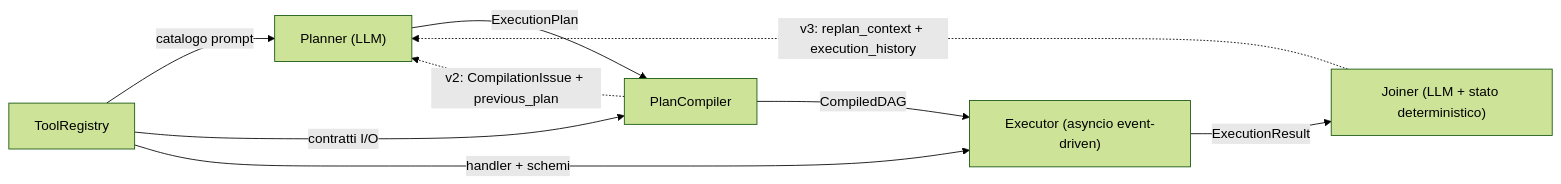
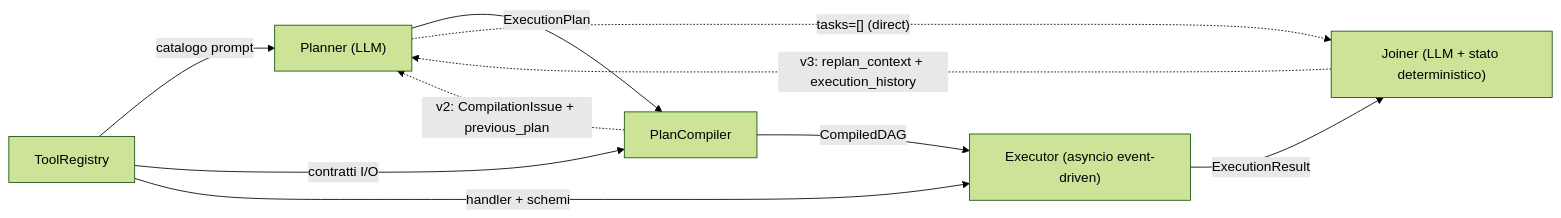
One commit to patatabollente/LLM-compiler-Langgraph changed the first of 2 diagrams in README.md. Above: the diagram before and after it, drawn with Mermaid (forest theme). The commit also changed other lines of this file, not shown here.

First line of the commit message:
docs(readme): document decoupled llm_compiler vs langgraph_adapters architecture

````diff
--- a/README.md
+++ b/README.md
@@ -81,11 +81,12 @@
 ```mermaid
 flowchart LR
     R["ToolRegistry"] -->|catalogo prompt| P["Planner (LLM)"]
     P -->|ExecutionPlan| C["PlanCompiler"]
+    P -. "tasks=[] (direct)" .-> J["Joiner (LLM + stato deterministico)"]
     R -->|contratti I/O| C
     C -->|CompiledDAG| E["Executor (asyncio event-driven)"]
     R -->|handler + schemi| E
-    E -->|ExecutionResult| J["Joiner (LLM + stato deterministico)"]
+    E -->|ExecutionResult| J
     C -. "v2: CompilationIssue + previous_plan" .-> P
     J -. "v3: replan_context + execution_history" .-> P
 ```
````
